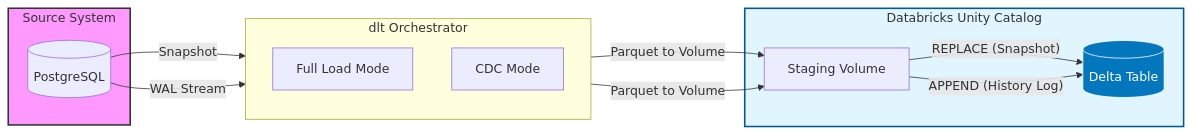
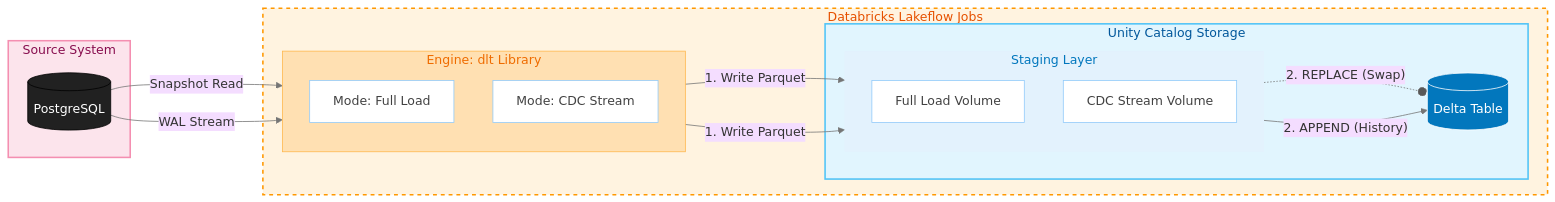
One commit to victor-antoniassi/postgres-to-databricks-cdc changed the diagram in README.md. Above: the diagram before and after it, drawn with Mermaid. The commit also changed other lines of this file, not shown here.

Commit message:
Enhance README with links and formatting updates
Updated README.md to include links and improve formatting.

````diff
--- a/README.md
+++ b/README.md
@@ -64,32 +64,61 @@
 ```mermaid
 flowchart LR
-    subgraph Source [Source System]
-        PG[(PostgreSQL)]
+    %% Global settings for curves and line colors
+    %%{init: {'theme': 'base', 'themeVariables': { 'lineColor': '#585858'}}}%%
+
+    %% --- Area 1: Source System ---
+    subgraph Source_System [Source System]
+        PG[("PostgreSQL")]:::db_source
     end
 
-    subgraph Pipeline [dlt Orchestrator]
-        direction TB
-        FullLoad[Full Load Mode]
-        CDC[CDC Mode]
-    end
-    
-    subgraph Target [Databricks Unity Catalog]
-        Volume[Staging Volume]
-        Delta[(Delta Table)]
+    %% --- Area 2: Databricks Lakeflow ---
+    subgraph Lakeflow_Jobs [Databricks Lakeflow Jobs]
+        
+        subgraph Engine [Engine: dlt Library]
+            direction TB
+            FL[Mode: Full Load]:::white_box
+            CDC[Mode: CDC Stream]:::white_box
+        end
+        
+        subgraph Unity_Catalog [Unity Catalog Storage]
+            
+            subgraph Staging [Staging Layer]
+                direction TB
+                Vol_FL[Full Load Volume]:::white_box
+                Vol_CDC[CDC Stream Volume]:::white_box
+            end
+            
+            Delta[("Delta Table")]:::db_delta
+        end
     end
 
-    %% Data Flow
-    PG -->|Snapshot| FullLoad
+    %% --- Connections and Flow ---
+    
+    %% Upper Path: Full Load
+    PG -->|Snapshot Read| FL
+    FL -->|"1. Write Parquet"| Vol_FL
+    Vol_FL -.-o|"2. REPLACE (Swap)"| Delta
+
+    %% Lower Path: CDC
     PG -->|WAL Stream| CDC
+    CDC -->|"1. Write Parquet"| Vol_CDC
+    Vol_CDC ==>|"2. APPEND (History)"| Delta
+
+    %% --- Styling (Classes) ---
+    classDef default fill:#fff,stroke:#333,stroke-width:1px;
     
-    FullLoad -->|Parquet to Volume| Volume
-    CDC -->|Parquet to Volume| Volume
-    
-    Volume -- REPLACE (Snapshot) --> Delta
-    Volume -- APPEND (History Log) --> Delta
-    
-    %% Styling
-    style Source fill:#f9f,stroke:#333,stroke-width:2px
-    style Target fill:#e1f5fe,stroke:#01579b,stroke-width:2px
-    style Delta fill:#0277bd,stroke:#fff,color:#fff
+    %% Subgraph Styles (Containers)
+    style Source_System fill:#fce4ec,stroke:#f48fb1,stroke-width:2px,color:#880e4f
+    style Lakeflow_Jobs fill:#fff3e0,stroke:#ff9800,stroke-width:2px,stroke-dasharray: 5 5,color:#e65100
+    style Engine fill:#ffe0b2,stroke:#ffb74d,stroke-width:1px,color:#ef6c00
+    style Unity_Catalog fill:#e1f5fe,stroke:#4fc3f7,stroke-width:2px,color:#01579b
+    style Staging fill:#e3f2fd,stroke:none,color:#0277bd
+
+    %% Node Styles (Boxes and Databases)
+    classDef db_source fill:#212121,stroke:#000,color:#fff;
+    classDef db_delta fill:#0277bd,stroke:#fff,color:#fff;
+    classDef white_box fill:#ffffff,stroke:#90caf9,stroke-width:1px,color:#424242;
+
+    %% Fine-tuning Links
+    linkStyle default stroke:#757575,stroke-width:1px;
 ```
````
